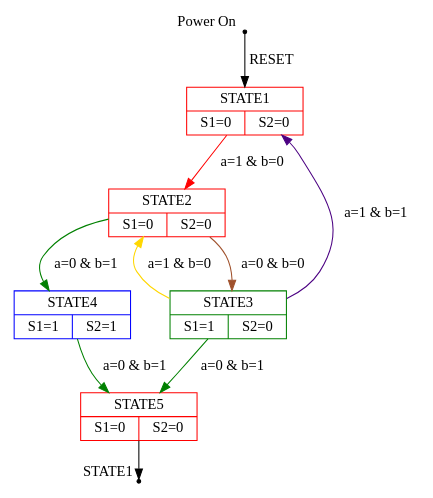
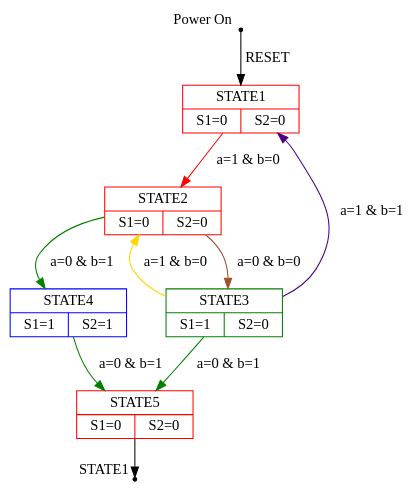
The diagram in Presentation/state_diagram.dot (jtsagata/nexys4_sm_lab), drawn with Graphviz before and after one commit. The commit also changed 2 other files, not shown here.

```diff
--- a/Presentation/state_diagram.dot
+++ b/Presentation/state_diagram.dot
@@ -1,26 +1,26 @@
 digraph finite_state_machine {
     rankdir=TB;
     size="8,5"
-    // bgcolor="transparent";
+    bgcolor="transparent";
 
     node [shape = point ]; 
     qi    [xlabel="Power On"]; 
     qback [xlabel="STATE1"];
 
     node [shape = record];
     STATE1 [label="{STATE1 | { S1=0 | S2=0 } }", color="red"]
     STATE2 [label="{STATE2 | { S1=0 | S2=0 } }", color="red"]
     STATE3 [label="{STATE3 | { S1=1 | S2=0 } }", color="green"]
     STATE4 [label="{STATE4 | { S1=1 | S2=1 } }", color="blue"]
     STATE5 [label="{STATE5 | { S1=0 | S2=0 } }", color="red"]
     
-qi -> STATE1 [label = "RESET"];
+    qi -> STATE1 [label = "RESET"];
     STATE1  -> STATE2 [ label = "a=1 & b=0" , color="red"];
     STATE2  -> STATE3 [ label = "a=0 & b=0" , color="sienna" ];
     STATE3  -> STATE2 [ label = "a=1 & b=0" , color="gold"];
     STATE3  -> STATE1 [ label = "a=1 & b=1" , color="indigo"];
     STATE2  -> STATE4 [ label = "a=0 & b=1" , color="green"];
     STATE3  -> STATE5 [ label = "a=0 & b=1" , color="green"];
     STATE4  -> STATE5 [ label = "a=0 & b=1" , color="green"];
     STATE5  -> qback;
 }
```
